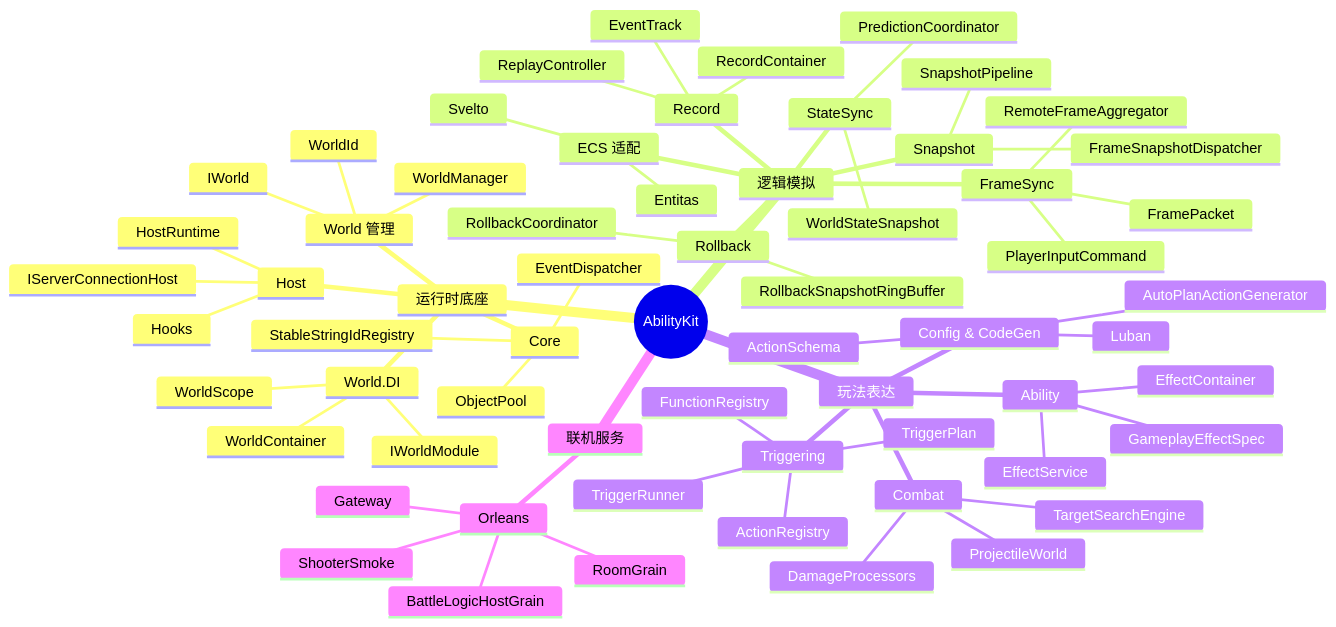
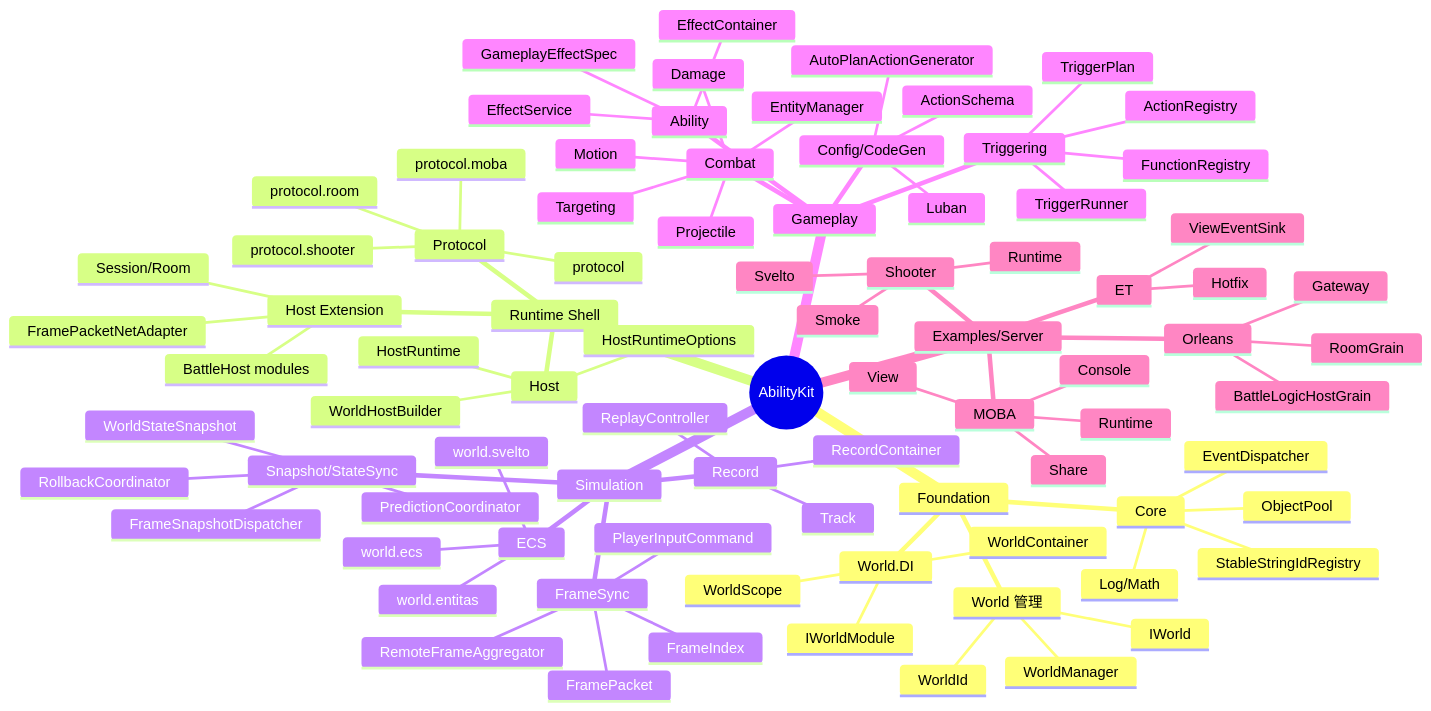
The second of 15 diagrams in Docs/design/01-OverviewAndGettingStarted/00-AbilityKitCapabilityMap.md (Kurumioi/AbilityKit), drawn with Mermaid before and after one commit. The commit also changed other lines of this file and 389 other files, not shown here.

````diff
--- a/Docs/design/01-OverviewAndGettingStarted/00-AbilityKitCapabilityMap.md
+++ b/Docs/design/01-OverviewAndGettingStarted/00-AbilityKitCapabilityMap.md
@@ -11,45 +40,54 @@
 ```mermaid
 mindmap
   root((AbilityKit))
-    运行时底座
+    Foundation
       Core
         EventDispatcher
         ObjectPool
         StableStringIdRegistry
+        Log/Math
       World.DI
         WorldContainer
         WorldScope
         IWorldModule
       World 管理
+        IWorld
         WorldId
-        IWorld
         WorldManager
+    Runtime Shell
       Host
         HostRuntime
-        IServerConnectionHost
-        Hooks
-    逻辑模拟
-      ECS 适配
-        Entitas
-        Svelto
+        HostRuntimeOptions
+        WorldHostBuilder
+      Host Extension
+        FramePacketNetAdapter
+        Session/Room
+        BattleHost modules
+      Protocol
+        protocol
+        protocol.moba
+        protocol.shooter
+        protocol.room
+    Simulation
+      ECS
+        world.ecs
+        world.entitas
+        world.svelto
       FrameSync
+        FrameIndex
         PlayerInputCommand
         FramePacket
         RemoteFrameAggregator
-      Snapshot
+      Snapshot/StateSync
+        WorldStateSnapshot
         FrameSnapshotDispatcher
-        SnapshotPipeline
-      StateSync
         PredictionCoordinator
-        WorldStateSnapshot
-      Rollback
         RollbackCoordinator
-        RollbackSnapshotRingBuffer
       Record
         RecordContainer
-        EventTrack
+        Track
         ReplayController
-    玩法表达
+    Gameplay
       Triggering
         TriggerRunner
         TriggerPlan
@@ -60,17 +98,30 @@
         GameplayEffectSpec
         EffectService
       Combat
-        ProjectileWorld
-        TargetSearchEngine
-        DamageProcessors
-      Config & CodeGen
+        Targeting
+        Projectile
+        Damage
+        Motion
+        EntityManager
+      Config/CodeGen
         ActionSchema
         Luban
         AutoPlanActionGenerator
-    联机服务
+    Examples/Server
+      MOBA
+        Runtime
+        Share
+        View
+        Console
+      Shooter
+        Runtime
+        Svelto
+        Smoke
+      ET
+        Hotfix
+        ViewEventSink
       Orleans
+        Gateway
         RoomGrain
-        Gateway
         BattleLogicHostGrain
-        ShooterSmoke
 ```
````
